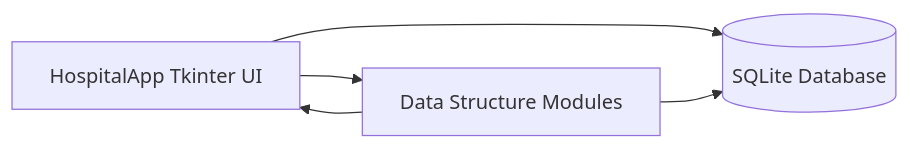
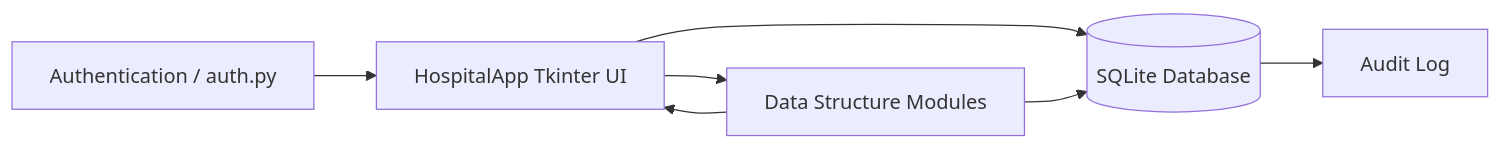
The first of 2 diagrams in README.md (jonterob/MediStruct), drawn with Mermaid before and after one commit. The commit also changed other lines of this file and 10 other files, not shown here.

````diff
--- a/README.md
+++ b/README.md
@@ -44,7 +48,9 @@
 ```mermaid
 flowchart LR
-	UI[HospitalApp Tkinter UI] --> Domain[Data Structure Modules]
+	Login[Authentication / auth.py] --> UI[HospitalApp Tkinter UI]
+	UI --> Domain[Data Structure Modules]
 	UI --> DB[(SQLite Database)]
 	Domain --> UI
 	Domain --> DB
+	DB --> Audit[Audit Log]
 ```
````
